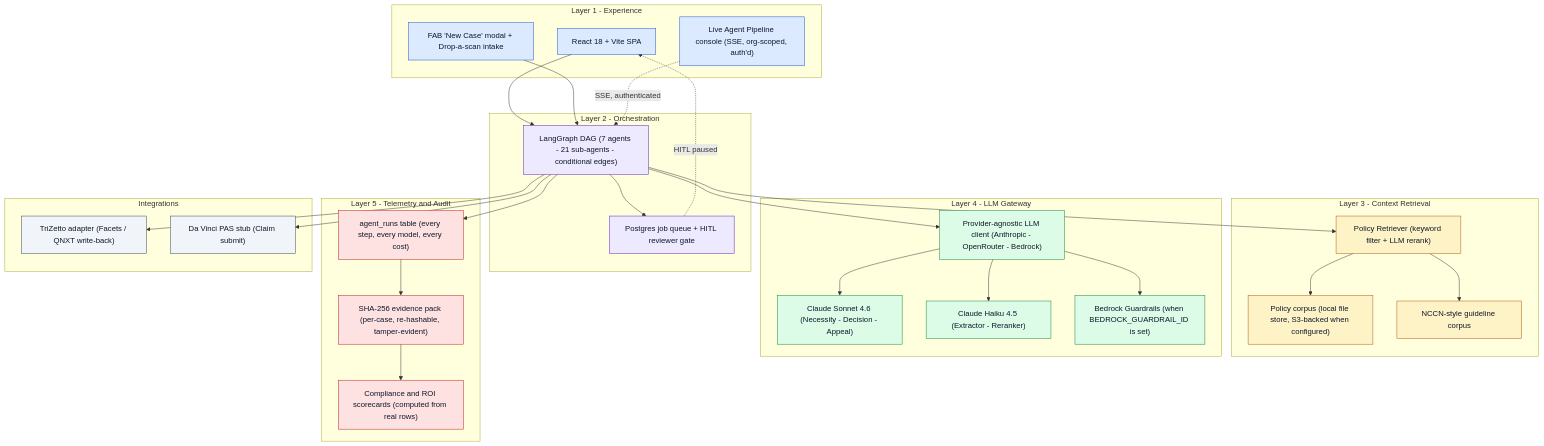
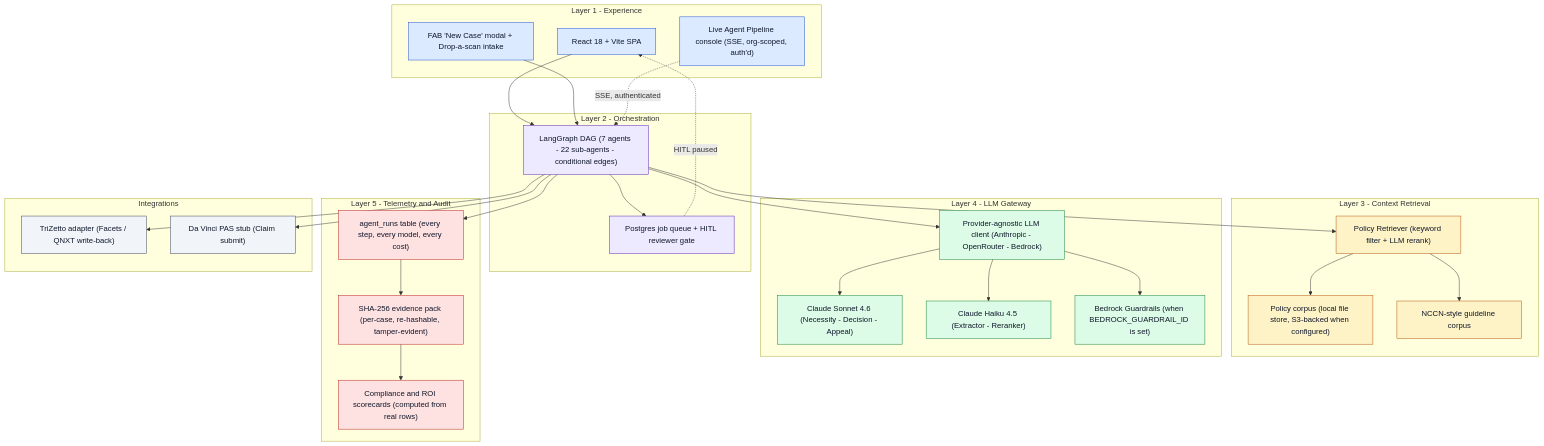
One commit to victrvondoom/CLINI-CASE changed the first of 4 diagrams in README.md. Above: the diagram before and after it, drawn with Mermaid. The commit also changed 75 other files, not shown here.

````diff
--- a/README.md
+++ b/README.md
@@ -133,69 +133,69 @@
 ```mermaid
 flowchart TB
     subgraph EX["Layer 1 - Experience"]
         UI["React 18 + Vite SPA"]
         FAB["FAB 'New Case' modal + Drop-a-scan intake"]
         TRACE["Live Agent Pipeline console (SSE, org-scoped, auth'd)"]
     end
 
     subgraph ORCH["Layer 2 - Orchestration"]
-        LG["LangGraph DAG (7 agents - 21 sub-agents - conditional edges)"]
+        LG["LangGraph DAG (7 agents - 22 sub-agents - conditional edges)"]
         QUEUE["Postgres job queue + HITL reviewer gate"]
     end
 
     subgraph CTX["Layer 3 - Context Retrieval"]
         RET["Policy Retriever (keyword filter + LLM rerank)"]
         S3P["Policy corpus (local file store, S3-backed when configured)"]
         NCCN["NCCN-style guideline corpus"]
     end
 
     subgraph GAI["Layer 4 - LLM Gateway"]
         GW["Provider-agnostic LLM client (Anthropic - OpenRouter - Bedrock)"]
         SON["Claude Sonnet 4.6 (Necessity - Decision - Appeal)"]
         HAI["Claude Haiku 4.5 (Extractor - Reranker)"]
         GR["Bedrock Guardrails (when BEDROCK_GUARDRAIL_ID is set)"]
     end
 
     subgraph TEL["Layer 5 - Telemetry and Audit"]
         RUNS["agent_runs table (every step, every model, every cost)"]
         AUDIT["SHA-256 evidence pack (per-case, re-hashable, tamper-evident)"]
         SCORE["Compliance and ROI scorecards (computed from real rows)"]
     end
 
     subgraph EXT["Integrations"]
         TZ["TriZetto adapter (Facets / QNXT write-back)"]
         FHIR["Da Vinci PAS stub (Claim submit)"]
     end
 
     UI --> LG
     FAB --> LG
     TRACE -.SSE, authenticated.-> LG
     LG --> RET
     LG --> GW
     GW --> GR
     LG --> RUNS
     LG --> QUEUE
     QUEUE -.HITL paused.-> UI
     RET --> S3P
     RET --> NCCN
     GW --> SON
     GW --> HAI
     RUNS --> AUDIT
     AUDIT --> SCORE
     LG --> TZ
     LG --> FHIR
 
     classDef ex   fill:#dbeafe,stroke:#1d4ed8,color:#0f172a
     classDef or   fill:#ede9fe,stroke:#5b21b6,color:#0f172a
     classDef ctx  fill:#fef3c7,stroke:#b45309,color:#0f172a
     classDef gai  fill:#dcfce7,stroke:#15803d,color:#0f172a
     classDef tel  fill:#fee2e2,stroke:#b91c1c,color:#0f172a
     classDef ext  fill:#f1f5f9,stroke:#334155,color:#0f172a
 
     class UI,FAB,TRACE ex
     class LG,QUEUE or
     class RET,S3P,NCCN ctx
     class GW,SON,HAI,GR gai
     class RUNS,AUDIT,SCORE tel
     class TZ,FHIR ext
 ```
````
